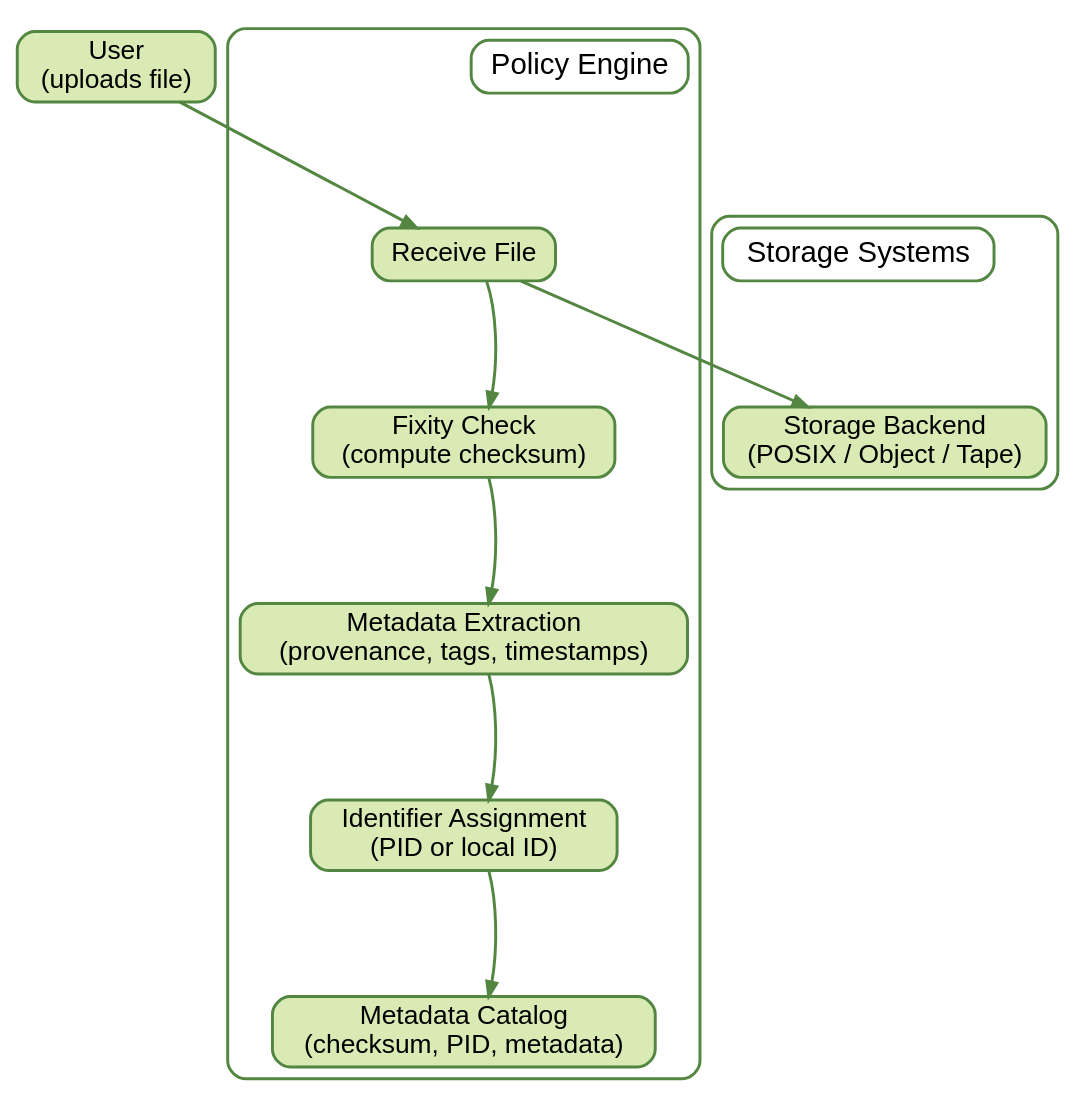
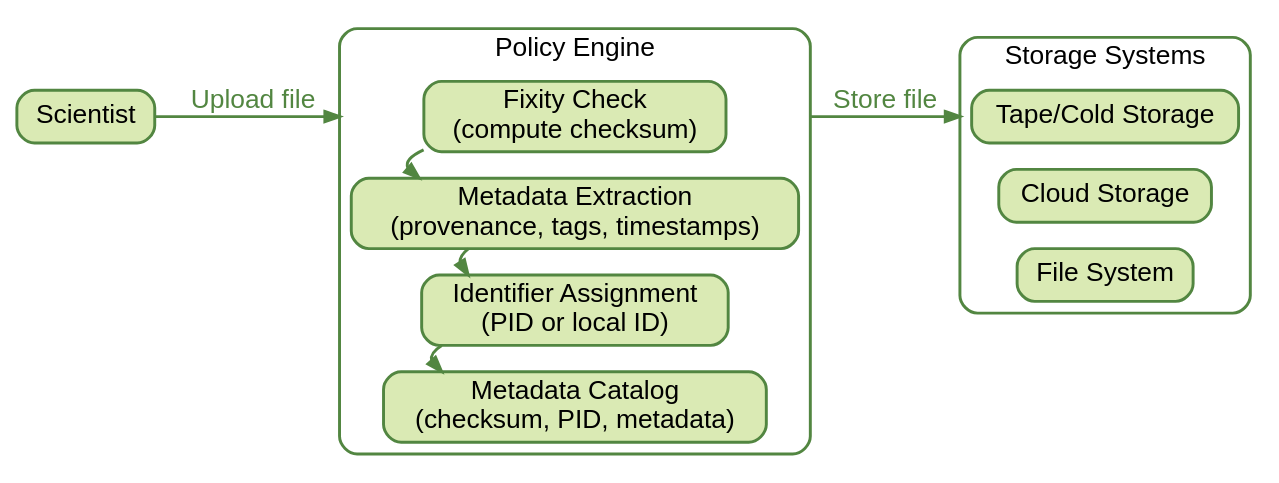
Before and after one commit to chStaiger/rdm-tech-foundations: the fourth of 6 diagrams in book/policy-engines.qmd, drawn with Graphviz. The commit also changed other lines of this file and 3 other files, not shown here.

````diff
--- a/book/policy-engines.qmd
+++ b/book/policy-engines.qmd
@@ -483,16 +372,15 @@
 //| label: fig-4
 //| fig-cap: When a user uploads a file, the policy engine applies an ingest policy that computes fixity, attaches metadata, assigns an identifier, and registers the digital object before writing it to storage.
 //| fig-align: center
-//| fig-width: 9
+//| fig-width: 8
 digraph ingest_flow {
 
     graph [
-        rankdir=TB,
+        rankdir=LR,
         bgcolor="white",
         fontname="Helvetica",
         fontsize=18,
-        nodesep=0.8,
-        ranksep=1.2
+        compound=true
     ];
 
     node [
@@ -510,88 +398,69 @@
         fontsize=18,
         color="#528641",
         fontcolor="#528641",
+        minlen=0.9;
         penwidth=2
     ];
 
     // ----------------------------------------------------
-    // User node
+    // Storage Systems cluster (vertical stacking)
     // ----------------------------------------------------
-    User [label="User\n(uploads file)"];
+    subgraph cluster_storage {
+        label="Storage Systems";
+        color="#528641";
+        penwidth=2;
+        style="rounded";
+        //labelloc=b;
+
+        Cold [label="Tape/Cold Storage"];
+        Cloud [label="Cloud Storage"];
+        FS [label="File System"];
+
+        // Invisible vertical chain
+        FS -> Cloud [style=invis, weight=50];
+        Cloud -> Cold [style=invis, weight=50];
+    }
 
     // ----------------------------------------------------
     // Policy Engine cluster (vertical stacking)
     // ----------------------------------------------------
     subgraph cluster_policy_engine {
-        label="";
+        label="Policy Engine";
         color="#528641";
         penwidth=2;
         style="rounded";
+        
 
-        PEHeader [
-            label="Policy Engine",
-            shape=box,
-            style="rounded",
-            color="#528641",
-            fillcolor="white",
-            penwidth=2,
-            fontsize=20
-        ];
-
-        Ingest [label="Receive File"];
+        //Ingest [label="Receive File"];
         Fixity [label="Fixity Check\n(compute checksum)"];
         Meta   [label="Metadata Extraction\n(provenance, tags, timestamps)"];
         PID    [label="Identifier Assignment\n(PID or local ID)"];
         Catalog [label="Metadata Catalog\n(checksum, PID, metadata)"];
 
         // Invisible vertical chain
-        PEHeader -> Ingest  [style=invis, weight=50];
-        Ingest   -> Fixity  [style=invis, weight=50];
-        Fixity   -> Meta    [style=invis, weight=50];
-        Meta     -> PID     [style=invis, weight=50];
-        PID      -> Catalog [style=invis, weight=50];
+
+        Meta   -> Fixity    [style=invis, weight=50];
+        PID     -> Meta     [style=invis, weight=50];
+        Catalog -> PID [style=invis, weight=50];
     }
 
-    // ----------------------------------------------------
-    // Storage Systems cluster (vertical stacking)
-    // ----------------------------------------------------
-    subgraph cluster_storage {
-        label="";
-        color="#528641";
-        penwidth=2;
-        style="rounded";
-
-        StorageHeader [
-            label="Storage Systems",
-            shape=box,
-            style="rounded",
-            color="#528641",
-            fillcolor="white",
-            penwidth=2,
-            fontsize=20
-        ];
-
-        Store [label="Storage Backend\n(POSIX / Object / Tape)"];
-
-        // Invisible vertical chain
-        StorageHeader -> Store [style=invis, weight=50];
-    }
 
     // ----------------------------------------------------
-    // Align clusters horizontally (LR mode)
+    // User node
     // ----------------------------------------------------
-    PEHeader -> StorageHeader [style=invis, weight=200];
+    User [label="Scientist"];
 
     // ----------------------------------------------------
     // Visible edges (actual ingest flow)
     // ----------------------------------------------------
-    User   -> Ingest;
+    User   -> Fixity[label="Upload file", lhead="cluster_policy_engine", minlen=1];
 
-    Ingest -> Fixity;
+    //Ingest -> Fixity;
     Fixity -> Meta;
     Meta   -> PID;
     PID    -> Catalog;
 
     // Only policy engine writes to storage
-    Ingest -> Store;
+    Fixity -> Cold[label="Store file", lhead="cluster_storage", ltail="cluster_policy_engine", minlen=1];
 }
 ```
````
